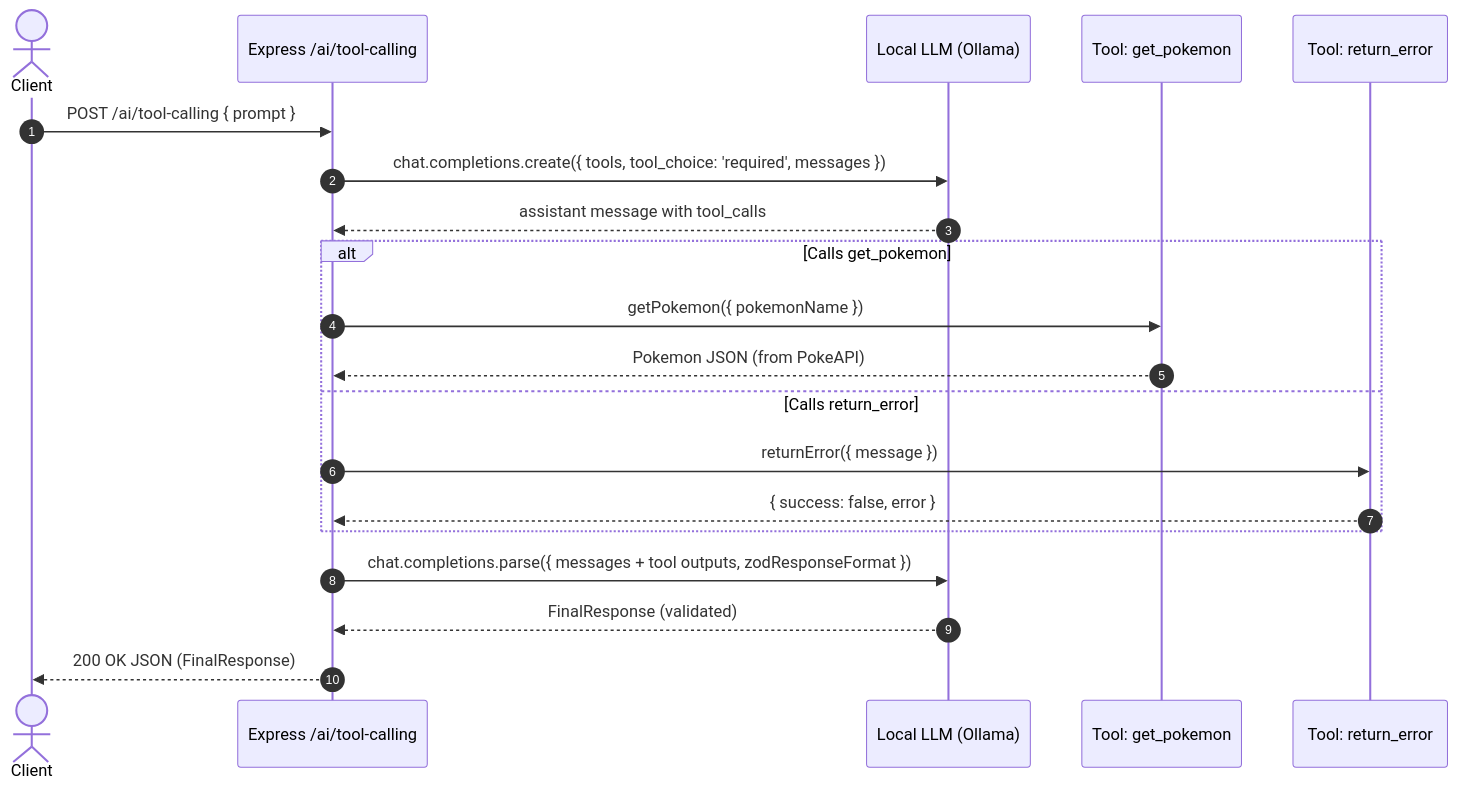
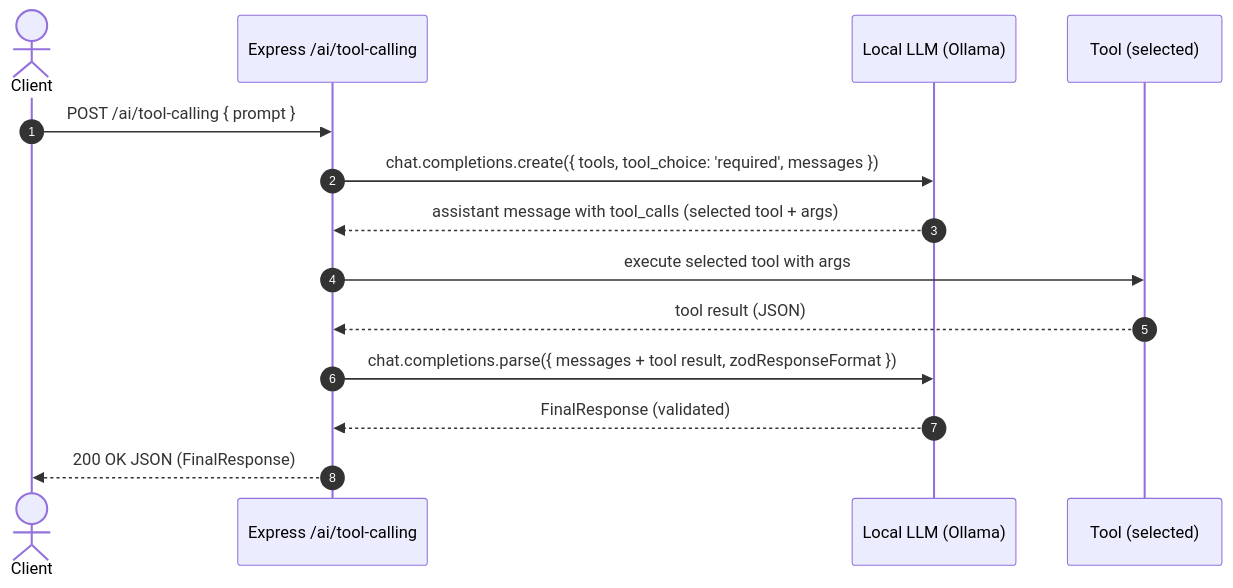
The first of 2 diagrams in README.md (BasharAlwarad/Software_Engineering_course), drawn with Mermaid before and after one commit. The commit also changed 1 other file, not shown here.

Commit message:
update: readme

````diff
--- a/README.md
+++ b/README.md
@@ -187,23 +187,17 @@
 ```mermaid
 sequenceDiagram
     autonumber
     actor C as Client
     participant E as Express /ai/tool-calling
     participant L as Local LLM (Ollama)
-    participant T1 as Tool: get_pokemon
-    participant T2 as Tool: return_error
+  participant T as Tool (selected)
 
     C->>E: POST /ai/tool-calling { prompt }
     E->>L: chat.completions.create({ tools, tool_choice: 'required', messages })
-    L-->>E: assistant message with tool_calls
-    alt Calls get_pokemon
-        E->>T1: getPokemon({ pokemonName })
-        T1-->>E: Pokemon JSON (from PokeAPI)
-    else Calls return_error
-        E->>T2: returnError({ message })
-        T2-->>E: { success: false, error }
-    end
-    E->>L: chat.completions.parse({ messages + tool outputs, zodResponseFormat })
+  L-->>E: assistant message with tool_calls (selected tool + args)
+  E->>T: execute selected tool with args
+  T-->>E: tool result (JSON)
+  E->>L: chat.completions.parse({ messages + tool result, zodResponseFormat })
     L-->>E: FinalResponse (validated)
     E-->>C: 200 OK JSON (FinalResponse)
 ```
````
